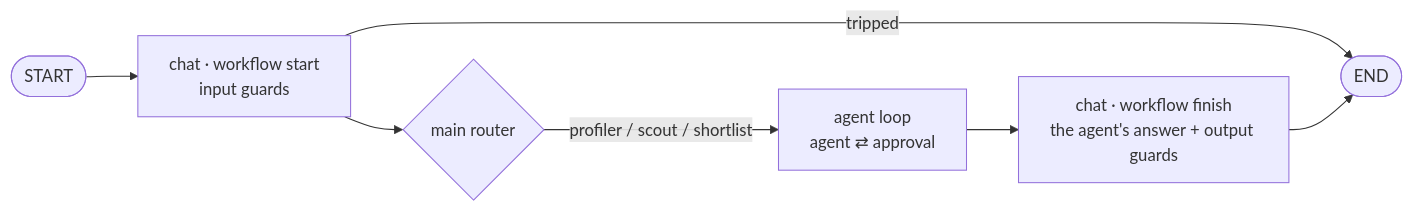
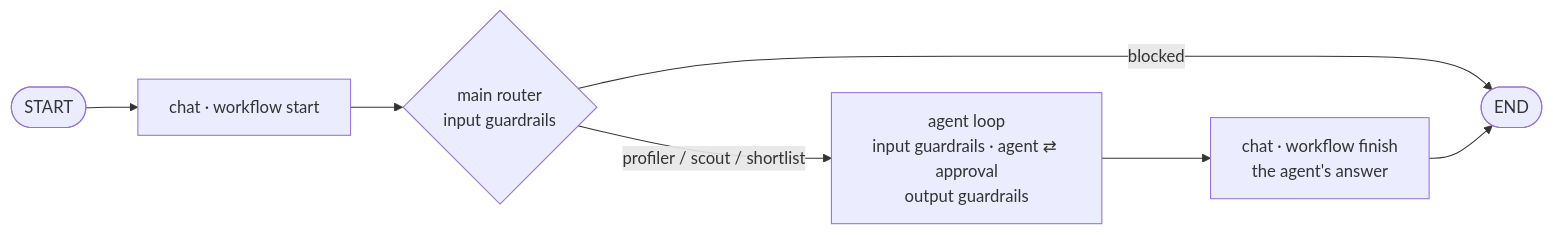
Before and after one commit to agbossjs/agboss: the diagram in Architecture.md, drawn with Mermaid. The commit also changed other lines of this file and 14 other files, not shown here.

Commit message:
docs(#120): guardrails — Guards (@InputGuardrail / @OutputGuardrail, refusals, levels, where they run, testing), Environments ([application.pii-instance-key]), Configuration, Testing, Agents, Architecture, Observability, Changelog — PR 2

````diff
--- a/Architecture.md
+++ b/Architecture.md
@@ -11,8 +11,8 @@
 ```mermaid
 flowchart LR
-  S([START]) --> CE[chat · workflow start<br/>input guards]
-  CE -- tripped --> E([END])
-  CE --> R{main router}
-  R -- profiler / scout / shortlist --> A[agent loop<br/>agent ⇄ approval]
-  A --> C[chat · workflow finish<br/>the agent's answer + output guards] --> E
+  S([START]) --> CE[chat · workflow start]
+  CE --> R{main router<br/>input guardrails}
+  R -- blocked --> E([END])
+  R -- profiler / scout / shortlist --> A[agent loop<br/>input guardrails · agent ⇄ approval<br/>output guardrails]
+  A --> C[chat · workflow finish<br/>the agent's answer] --> E
 ```
````
